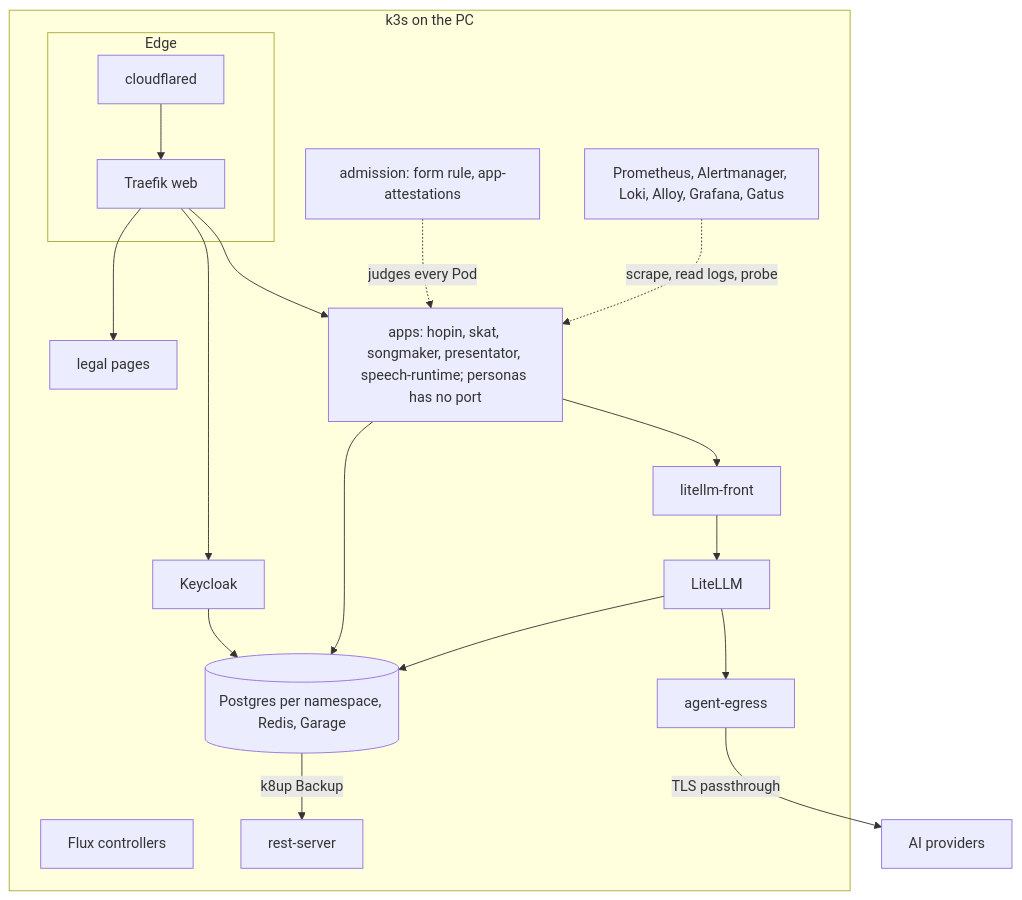
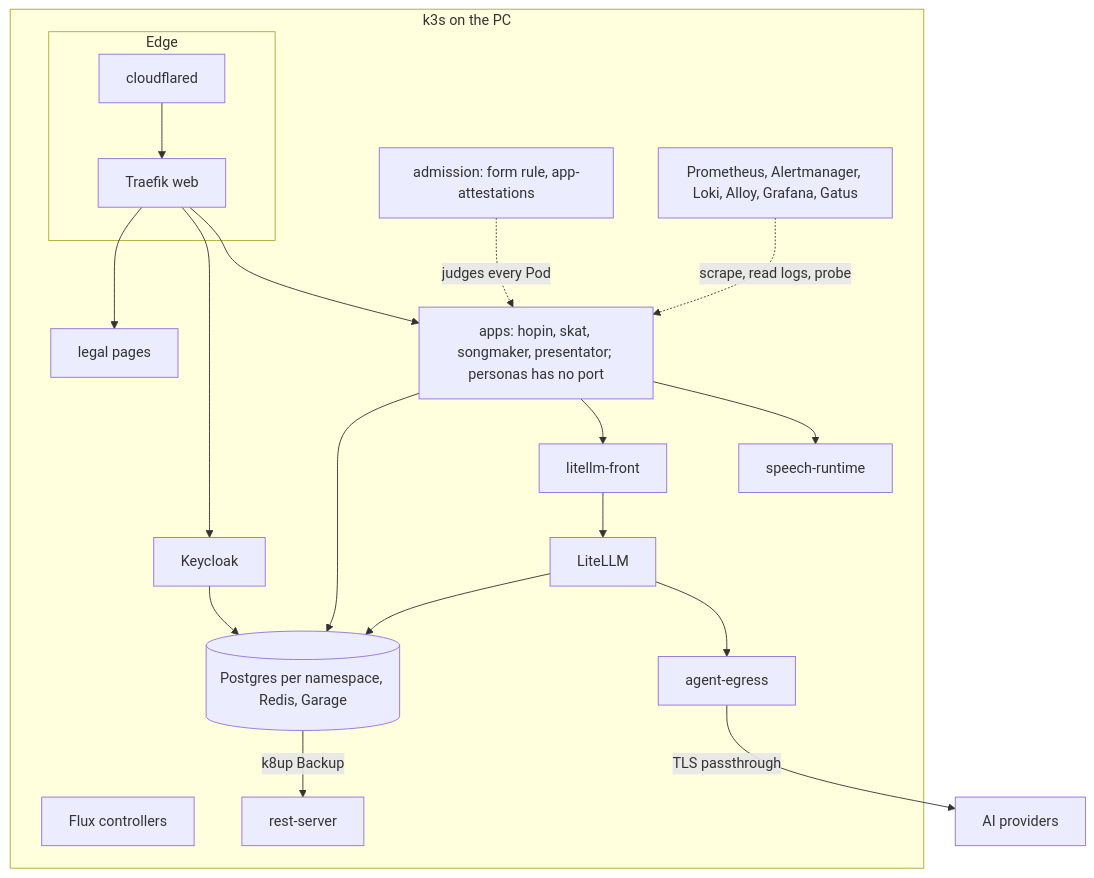
One commit to overnightworks/platform changed the second of 3 diagrams in docs/ARCHITECTURE.md. Above: the diagram before and after it, drawn with Mermaid. The commit also changed other lines of this file, not shown here.

Commit message:
The container diagram routes speech-runtime from the apps, not from Traefik
speech-runtime has no Ingress and admits only hopin, presentator and gatus, so
the edge arrow was wrong; the Edge bullet names the apps that route by Ingress.
Review finding on #810.

````diff
--- a/docs/ARCHITECTURE.md
+++ b/docs/ARCHITECTURE.md
@@ -40,20 +40,21 @@
 ```mermaid
 flowchart TB
   subgraph pc[k3s on the PC]
     flux[Flux controllers]
     subgraph edge[Edge]
       tunnel[cloudflared] --> traefik[Traefik web]
     end
-    traefik --> apps[apps: hopin, skat, songmaker, presentator, speech-runtime; personas has no port]
+    traefik --> apps[apps: hopin, skat, songmaker, presentator; personas has no port]
+    apps --> speech[speech-runtime]
     traefik --> keycloak[Keycloak]
     traefik --> legal[legal pages]
     apps --> front[litellm-front] --> litellm[LiteLLM] --> egress[agent-egress]
     apps --> data[(Postgres per namespace, Redis, Garage)]
     keycloak --> data
     litellm --> data
     data -->|k8up Backup| restserver[rest-server]
     gate[admission: form rule, app-attestations] -.->|judges every Pod| apps
     obs[Prometheus, Alertmanager, Loki, Alloy, Grafana, Gatus] -.->|scrape, read logs, probe| apps
   end
   egress -->|TLS passthrough| ai[AI providers]
 ```
````
